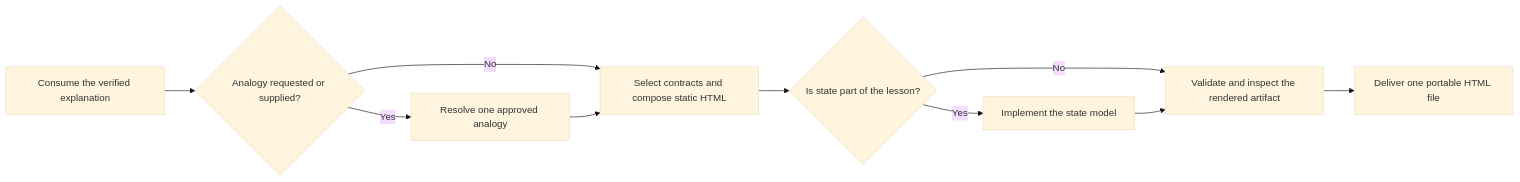
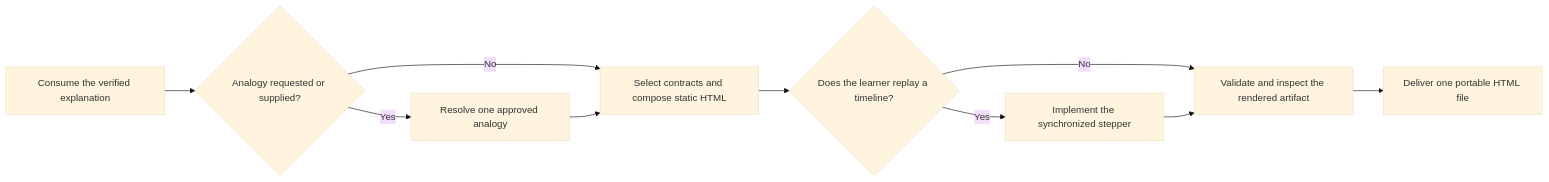
Before and after one commit to fam-tung-lam/ptlam-agent-plugin: the diagram in plugin/skills/ptlam-visualization-with-html/SKILL.md, drawn with Mermaid (base theme). The commit also changed other lines of this file and 128 other files, not shown here.

````diff
--- a/plugin/skills/ptlam-visualization-with-html/SKILL.md
+++ b/plugin/skills/ptlam-visualization-with-html/SKILL.md
@@ -16,12 +16,12 @@
 ```mermaid
 flowchart LR
     ConsumeExplanation["Consume the verified explanation"] --> AnalogyBranch{"Analogy requested or supplied?"}
     AnalogyBranch -->|"Yes"| ResolveAnalogy["Resolve one approved analogy"]
     AnalogyBranch -->|"No"| ComposeDocument["Select contracts and compose static HTML"]
     ResolveAnalogy --> ComposeDocument
-    ComposeDocument --> StateBranch{"Is state part of the lesson?"}
-    StateBranch -->|"Yes"| ImplementState["Implement the state model"]
+    ComposeDocument --> StateBranch{"Does the learner replay a timeline?"}
+    StateBranch -->|"Yes"| ImplementState["Implement the synchronized stepper"]
     StateBranch -->|"No"| InspectArtifact["Validate and inspect the rendered artifact"]
     ImplementState --> InspectArtifact
     InspectArtifact --> DeliverArtifact["Deliver one portable HTML file"]
 ```
````
